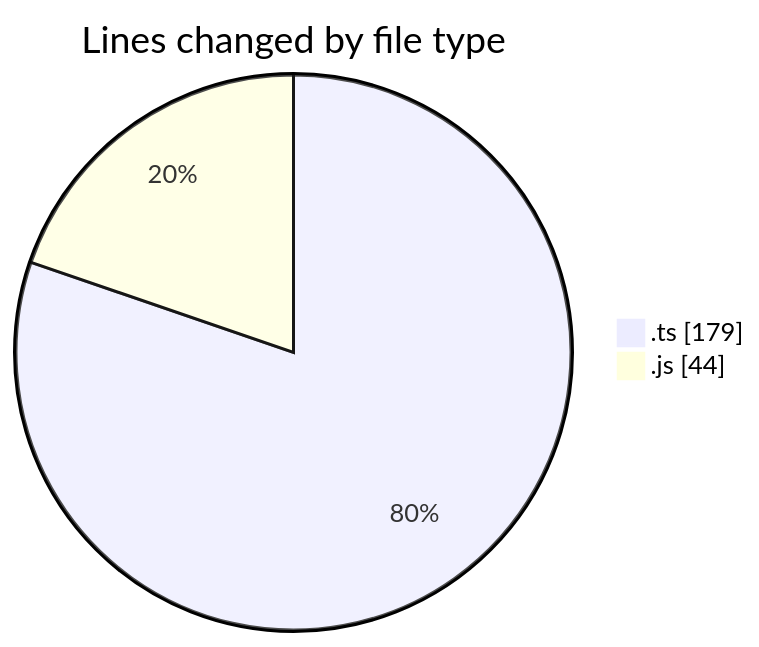
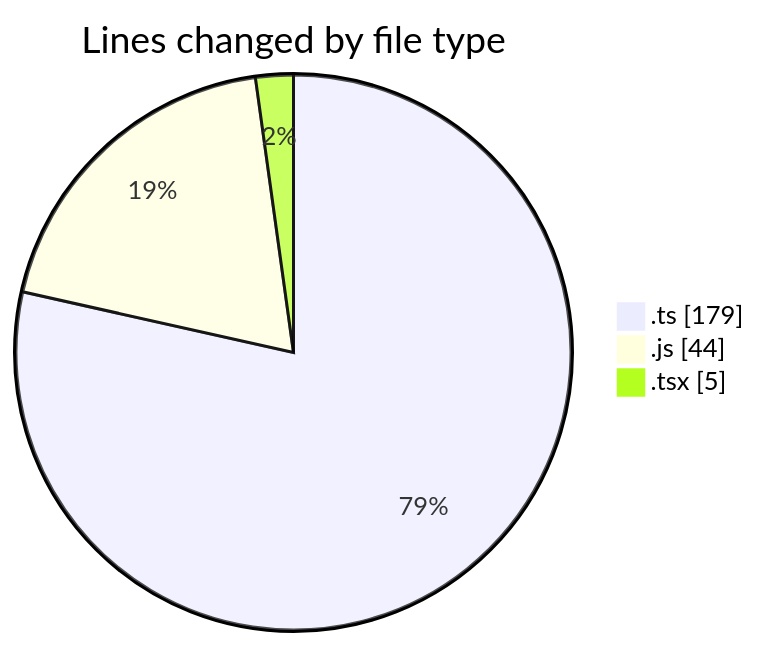
Before and after one commit to momahboobian/code-tracking: the first of 2 diagrams in 2026-08-03/cda/README.md, drawn with Mermaid. The commit also changed other lines of this file and 1 other file, not shown here.

````diff
--- a/2026-08-03/cda/README.md
+++ b/2026-08-03/cda/README.md
@@ -26,6 +27,7 @@
 ```mermaid
 pie showData
 title Lines changed by file type
 ".ts" : 179
 ".js" : 44
+".tsx" : 5
 ```
````
